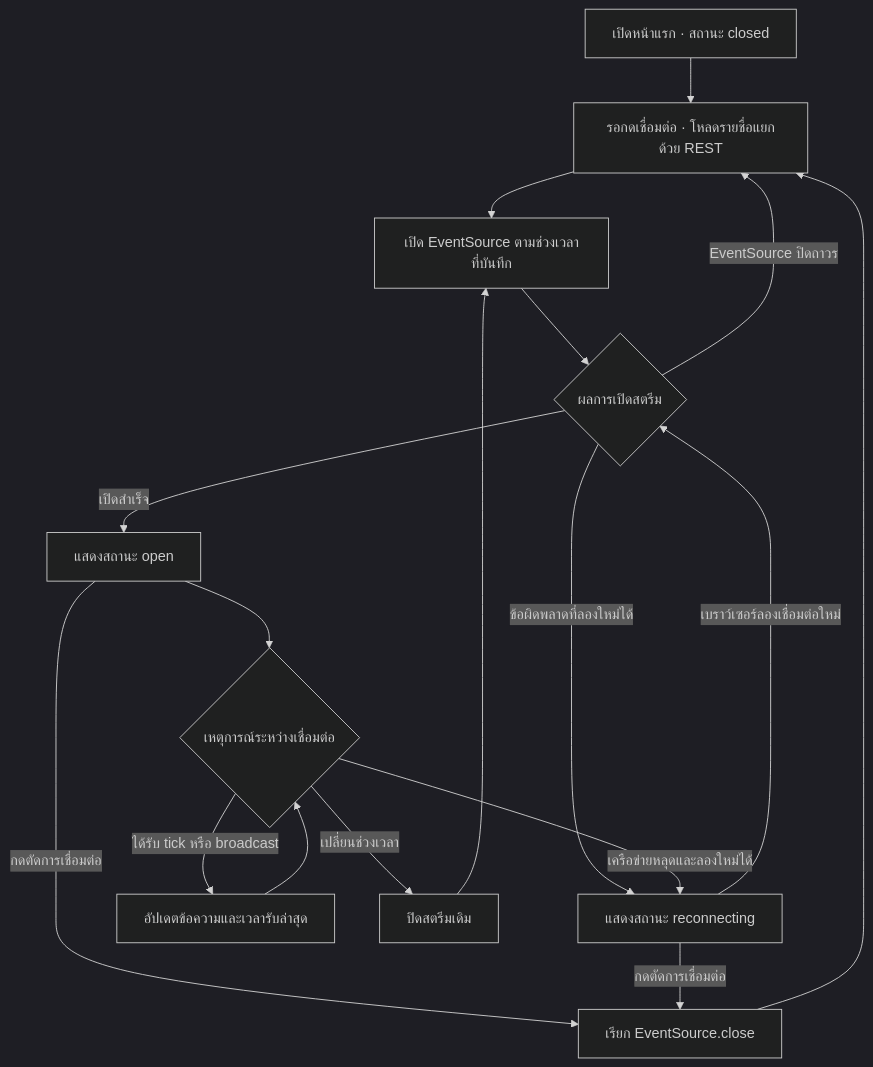
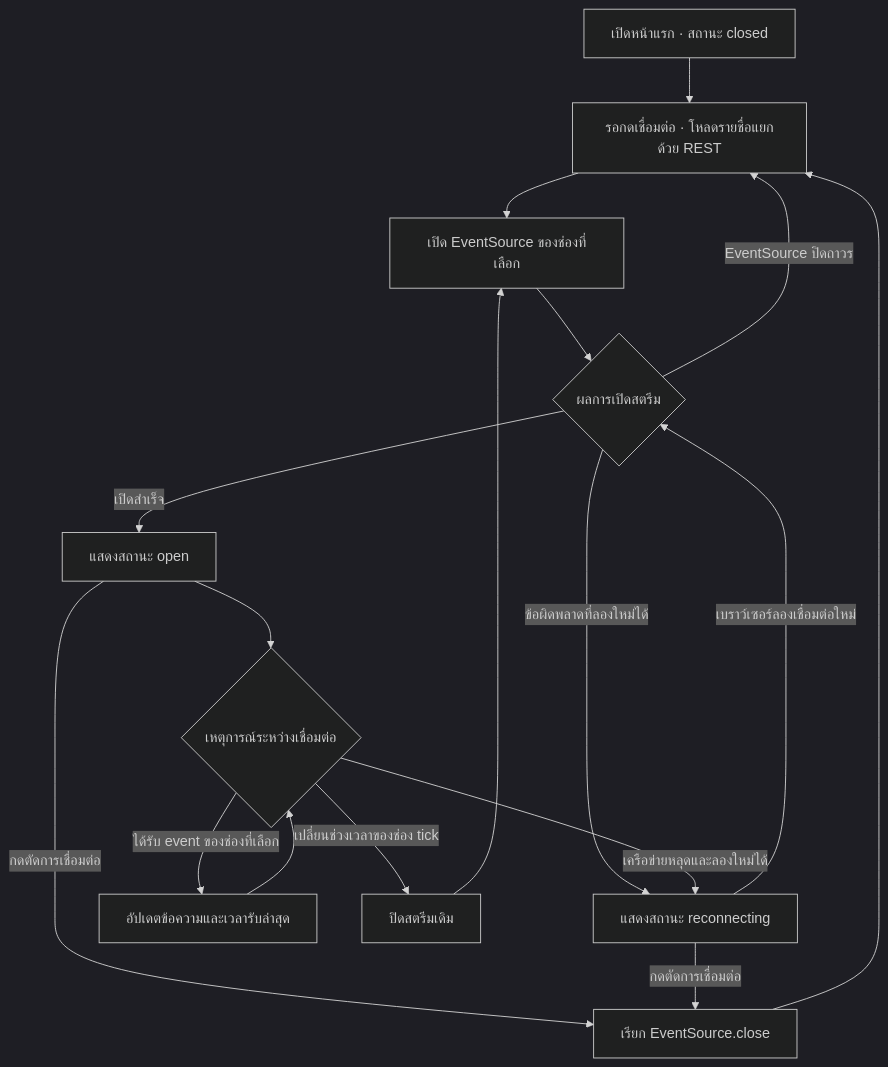
Before and after one commit to chiwa/spring-boot-sse-demo: the second of 4 diagrams in README.md, drawn with Mermaid (dark theme). The commit also changed other lines of this file and 3 other files, not shown here.

````diff
--- a/README.md
+++ b/README.md
@@ -77,19 +77,19 @@
 ```mermaid
 flowchart TD
     A["เปิดหน้าแรก · สถานะ closed"] --> B["รอกดเชื่อมต่อ · โหลดรายชื่อแยกด้วย REST"]
-    B --> C["เปิด EventSource ตามช่วงเวลาที่บันทึก"]
+    B --> C["เปิด EventSource ของช่องที่เลือก"]
     C --> D{"ผลการเปิดสตรีม"}
     D -->|"เปิดสำเร็จ"| E["แสดงสถานะ open"]
     D -->|"ข้อผิดพลาดที่ลองใหม่ได้"| F["แสดงสถานะ reconnecting"]
     D -->|"EventSource ปิดถาวร"| B
     E --> G{"เหตุการณ์ระหว่างเชื่อมต่อ"}
-    G -->|"ได้รับ tick หรือ broadcast"| H["อัปเดตข้อความและเวลารับล่าสุด"]
+    G -->|"ได้รับ event ของช่องที่เลือก"| H["อัปเดตข้อความและเวลารับล่าสุด"]
     H --> G
     G -->|"เครือข่ายหลุดและลองใหม่ได้"| F
     F -->|"เบราว์เซอร์ลองเชื่อมต่อใหม่"| D
-    G -->|"เปลี่ยนช่วงเวลา"| I["ปิดสตรีมเดิม"]
+    G -->|"เปลี่ยนช่วงเวลาของช่อง tick"| I["ปิดสตรีมเดิม"]
     I --> C
     E -->|"กดตัดการเชื่อมต่อ"| J["เรียก EventSource.close"]
     F -->|"กดตัดการเชื่อมต่อ"| J
     J --> B
 ```
````
